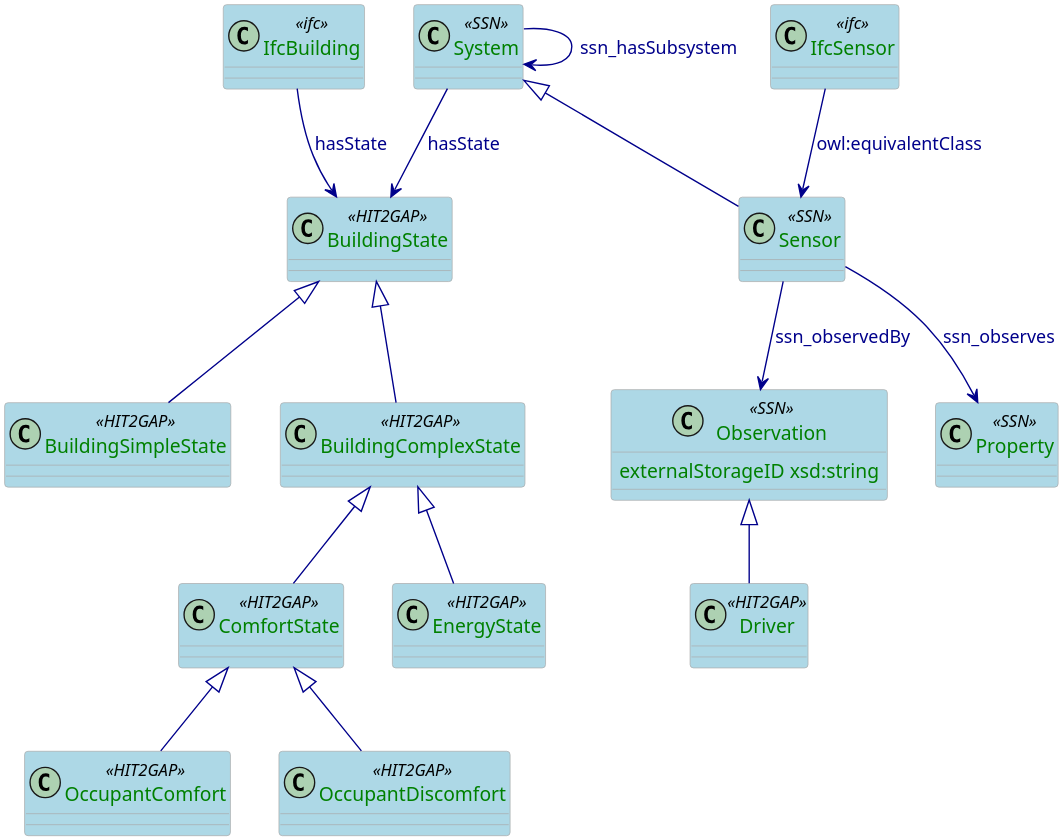
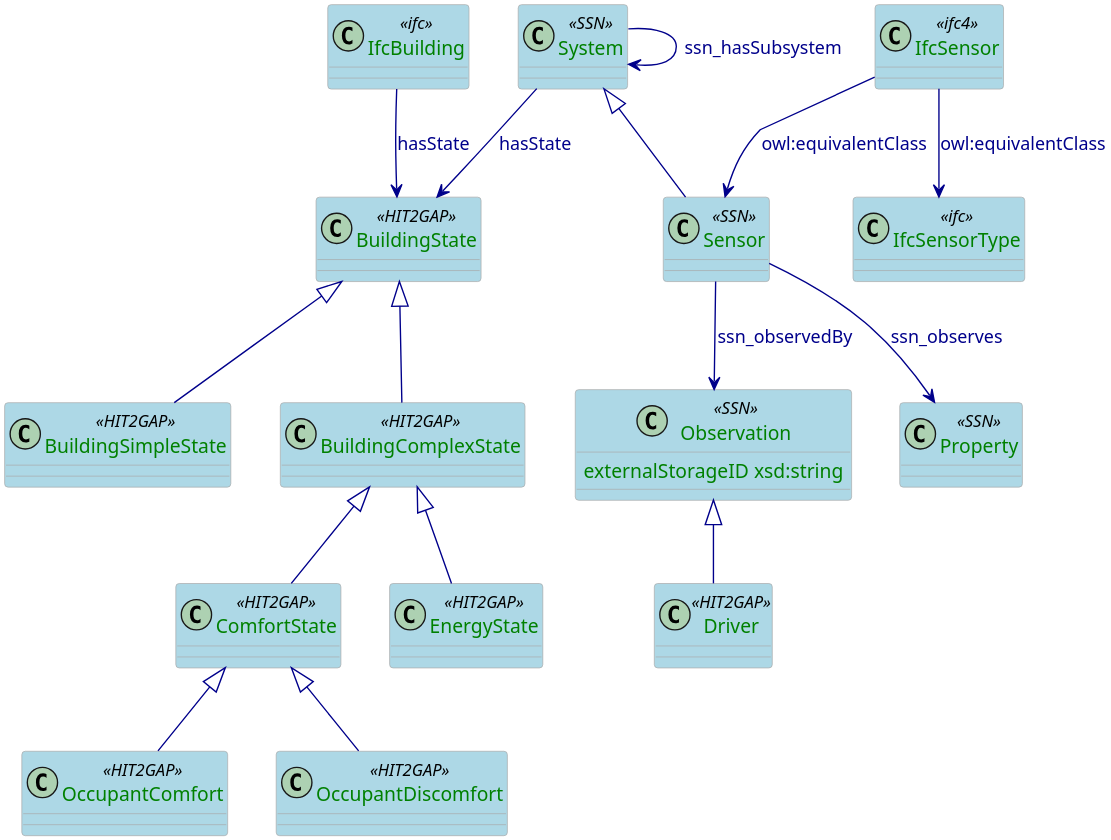
One commit to HIT2GAP-EU-PROJECT/BEMOnt changed the diagram in docs/plantuml/BuildingStateSpecification.puml. Above: the diagram before and after it, drawn with PlantUML.

```diff
--- a/docs/plantuml/BuildingStateSpecification.puml
+++ b/docs/plantuml/BuildingStateSpecification.puml
@@ -1,77 +1,80 @@
 @startuml
 
 skinparam class {
   ArrowColor DarkBlue
   ArrowFontColor DarkBlue
   BackgroundColor LightBlue
   BorderColor DarkGrey
 }
 skinparam dpi 300
 skinparam stereotypeCBackgroundColor Wheat
 skinparam classAttributeFontColor  Green
 
 class System <<SSN>>{
 
 }
 
 class BuildingState <<HIT2GAP>>{
 
 }
 
 class BuildingSimpleState <<HIT2GAP>>{
 
 }
 
 class BuildingComplexState <<HIT2GAP>>{
 
 }
 
 class EnergyState <<HIT2GAP>>{
 
 }
 
 class ComfortState <<HIT2GAP>>{
 
 }
 
 class OccupantComfort <<HIT2GAP>>{
 
 }
 
 class OccupantDiscomfort <<HIT2GAP>>{
 
 }
 class Driver <<HIT2GAP>>{
 
 }
 
 class Observation <<SSN>> {
   externalStorageID xsd:string
 }
 
 class Property <<SSN>> {
 
 }
 
 class Sensor <<SSN>>
 
 class IfcBuilding <<ifc>>
-class IfcSensor <<ifc>>
+class IfcSensor <<ifc4>>
+class IfcSensorType <<ifc>>
 
 IfcBuilding --> BuildingState:hasState
 System --> BuildingState: hasState
 BuildingState <|-- BuildingSimpleState
 BuildingState <|-- BuildingComplexState
 BuildingComplexState <|-- EnergyState
 BuildingComplexState <|-- ComfortState
 ComfortState <|-- OccupantComfort
 ComfortState <|-- OccupantDiscomfort
 System --> System:ssn_hasSubsystem
 System <|-- Sensor
 Sensor --> Observation:ssn_observedBy
 Sensor --> Property:ssn_observes
 IfcSensor --> Sensor: owl:equivalentClass
 
 Observation <|-- Driver
 
+IfcSensor --> IfcSensorType: owl:equivalentClass
+
 @enduml
```
